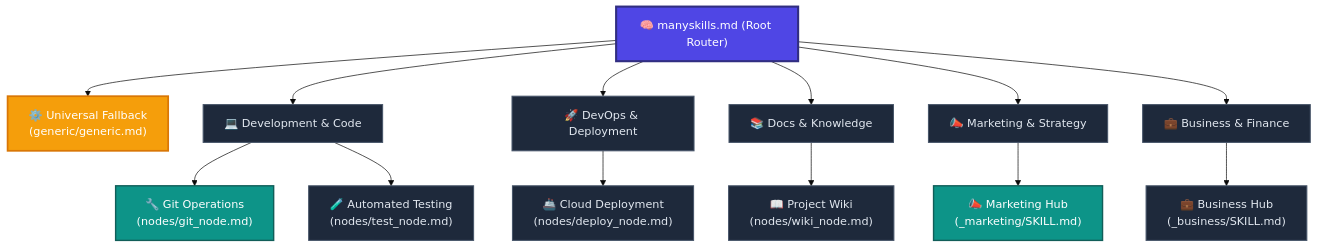
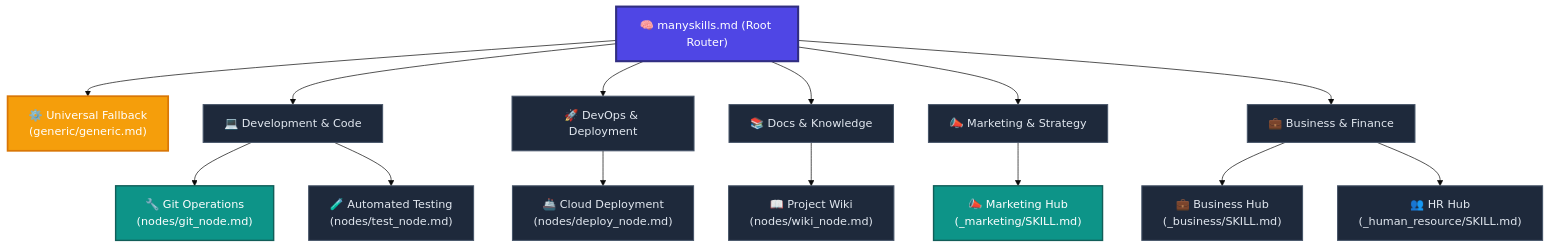
Before and after one commit to mahmoudtaouti/manyskills: the diagram in manyskills.md, drawn with Mermaid (base theme). The commit also changed other lines of this file and 7 other files, not shown here.

Commit message:
feat: add human resource skill node and sub-nodes, update central router relative paths

````diff
--- a/manyskills.md
+++ b/manyskills.md
@@ -27,44 +27,46 @@
 ```mermaid
 graph TD
     %% Root Node Style
     classDef root fill:#4F46E5,stroke:#312E81,stroke-width:3px,color:#FFF;
     %% Node Styles
     classDef node fill:#1E293B,stroke:#475569,stroke-width:1.5px,color:#E2E8F0;
     classDef highlight fill:#0D9488,stroke:#115E59,stroke-width:2px,color:#FFF;
     classDef fallback fill:#F59E0B,stroke:#D97706,stroke-width:2.5px,color:#FFF;
 
     Root["🧠 manyskills.md (Root Router)"]:::root
     
     %% Universal Fallback
     Fallback["⚙️ Universal Fallback<br/>(generic/generic.md)"]:::fallback
     
     %% Categories
     Dev["💻 Development & Code"]:::node
     Ops["🚀 DevOps & Deployment"]:::node
     Doc["📚 Docs & Knowledge"]:::node
     Mkt["📣 Marketing & Strategy"]:::node
     Biz["💼 Business & Finance"]:::node
     
     %% Leaf Nodes
     Git["🔧 Git Operations<br/>(nodes/git_node.md)"]:::highlight
     Test["🧪 Automated Testing<br/>(nodes/test_node.md)"]:::node
     Deploy["🚢 Cloud Deployment<br/>(nodes/deploy_node.md)"]:::node
     Wiki["📖 Project Wiki<br/>(nodes/wiki_node.md)"]:::node
     MktHub["📣 Marketing Hub<br/>(_marketing/SKILL.md)"]:::highlight
     BizHub["💼 Business Hub<br/>(_business/SKILL.md)"]:::node
+    HRHub["👥 HR Hub<br/>(_human_resource/SKILL.md)"]:::node
 
     %% Connections
     Root --> Fallback
     Root --> Dev
     Root --> Ops
     Root --> Doc
     Root --> Mkt
     Root --> Biz
     
     Dev --> Git
     Dev --> Test
     Ops --> Deploy
     Doc --> Wiki
     Mkt --> MktHub
     Biz --> BizHub
+    Biz --> HRHub
 ```
````
